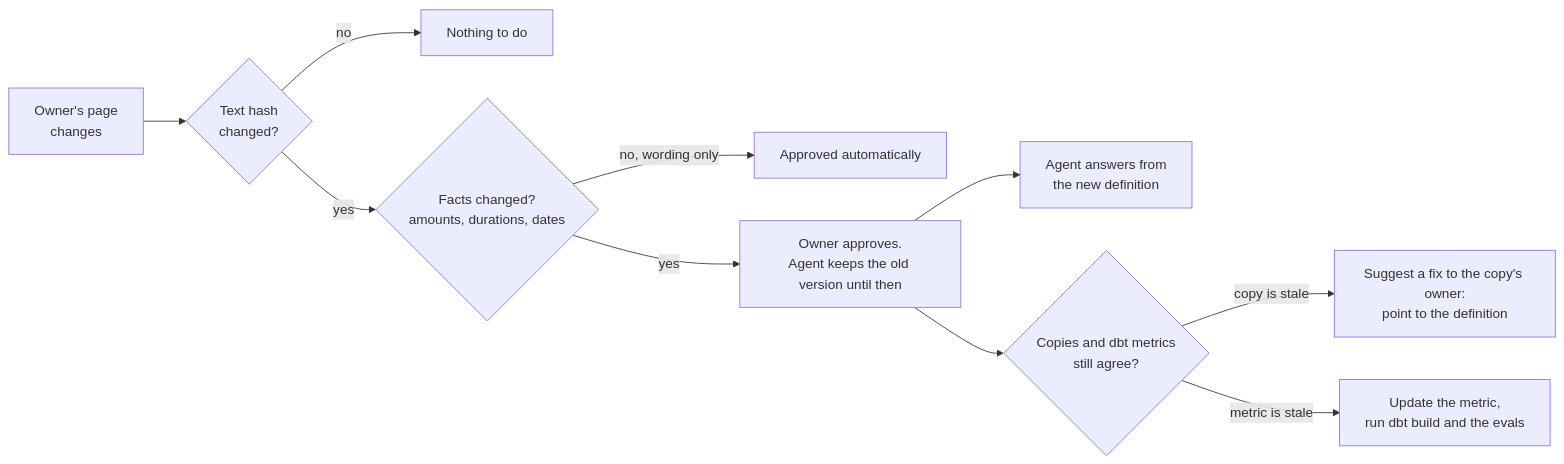
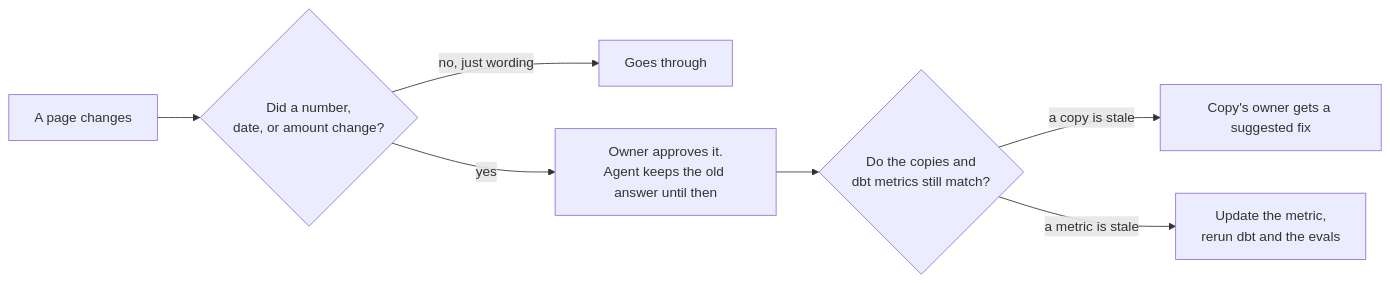
One commit to amanda-nathan/bike-lane-lakehouse changed the diagram in knowledge/README.md. Above: the diagram before and after it, drawn with Mermaid. The commit also changed other lines of this file and 1 other file, not shown here.

````diff
--- a/knowledge/README.md
+++ b/knowledge/README.md
@@ -9,12 +16,9 @@
 ```mermaid
 flowchart LR
-  P["Owner's page<br/>changes"] --> H{"Text hash<br/>changed?"}
-  H -->|no| OK["Nothing to do"]
-  H -->|yes| F{"Facts changed?<br/>amounts, durations, dates"}
-  F -->|no, wording only| AUTO["Approved automatically"]
-  F -->|yes| OWN["Owner approves.<br/>Agent keeps the old version until then"]
-  OWN --> SERVE["Agent answers from<br/>the new definition"]
-  OWN --> C{"Copies and dbt metrics<br/>still agree?"}
-  C -->|copy is stale| FIX["Suggest a fix to the copy's owner:<br/>point to the definition"]
-  C -->|metric is stale| DBT["Update the metric,<br/>run dbt build and the evals"]
+  P["A page changes"] --> F{"Did a number,<br/>date, or amount change?"}
+  F -->|no, just wording| AUTO["Goes through"]
+  F -->|yes| OWN["Owner approves it.<br/>Agent keeps the old answer until then"]
+  OWN --> C{"Do the copies and<br/>dbt metrics still match?"}
+  C -->|a copy is stale| FIX["Copy's owner gets a suggested fix"]
+  C -->|a metric is stale| DBT["Update the metric,<br/>rerun dbt and the evals"]
 ```
````
